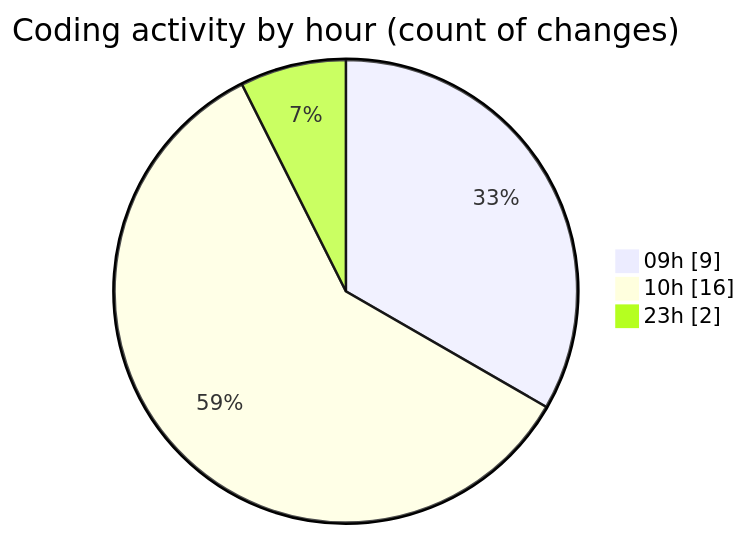
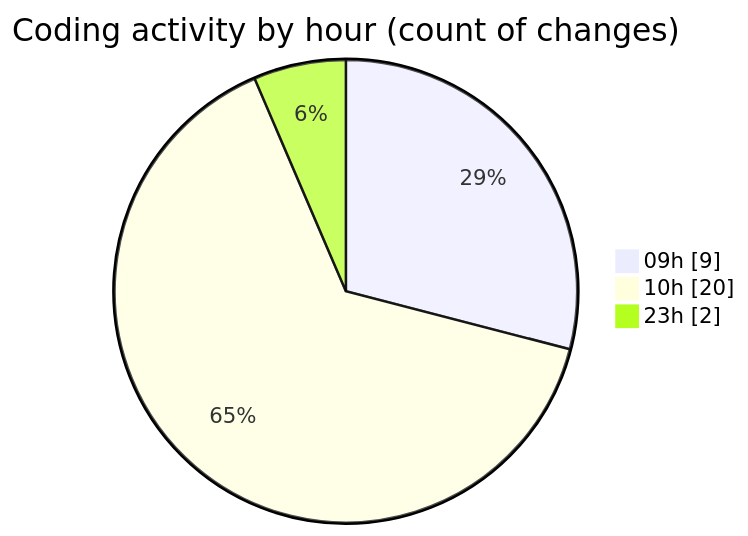
The second of 2 diagrams in 2025-05-19/niten/README.md (Elitesun/code-tracking), drawn with Mermaid before and after one commit. The commit also changed other lines of this file and 1 other file, not shown here.

````diff
--- a/2025-05-19/niten/README.md
+++ b/2025-05-19/niten/README.md
@@ -37,7 +40,7 @@
 ```mermaid
 pie showData
 title Coding activity by hour (count of changes)
 "09h" : 9
-"10h" : 16
+"10h" : 20
 "23h" : 2
 ```
````
